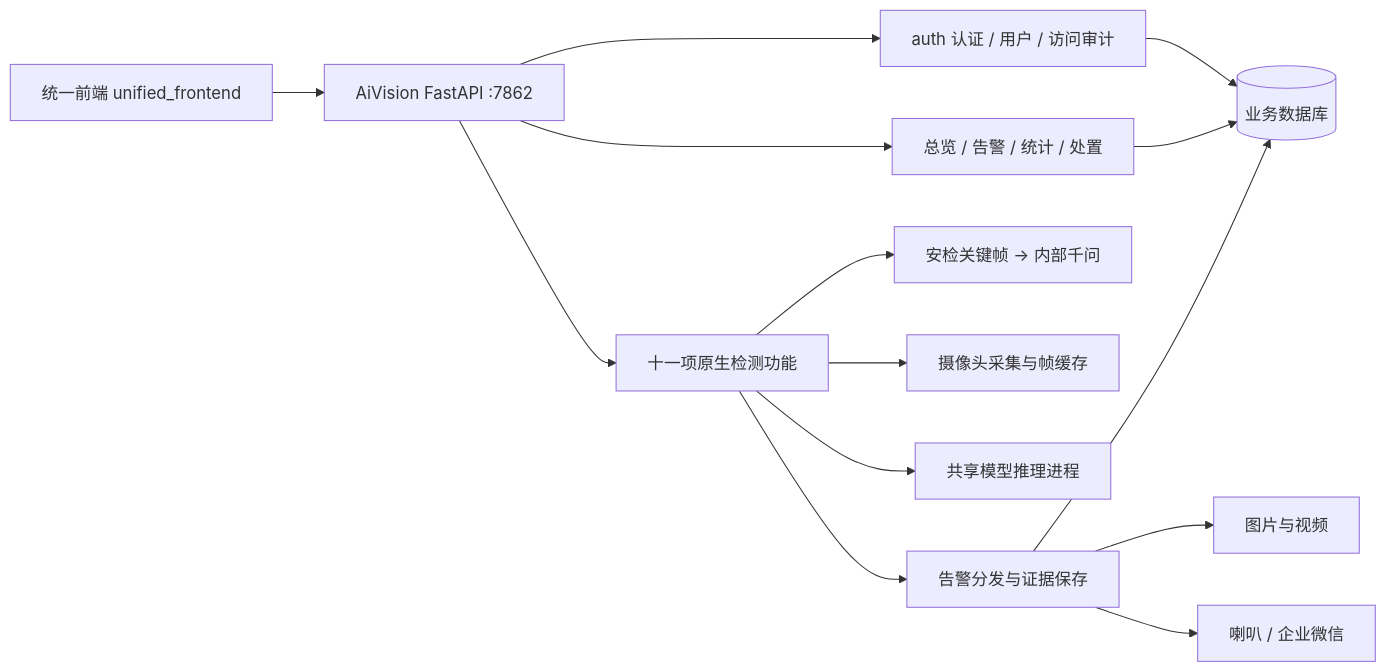
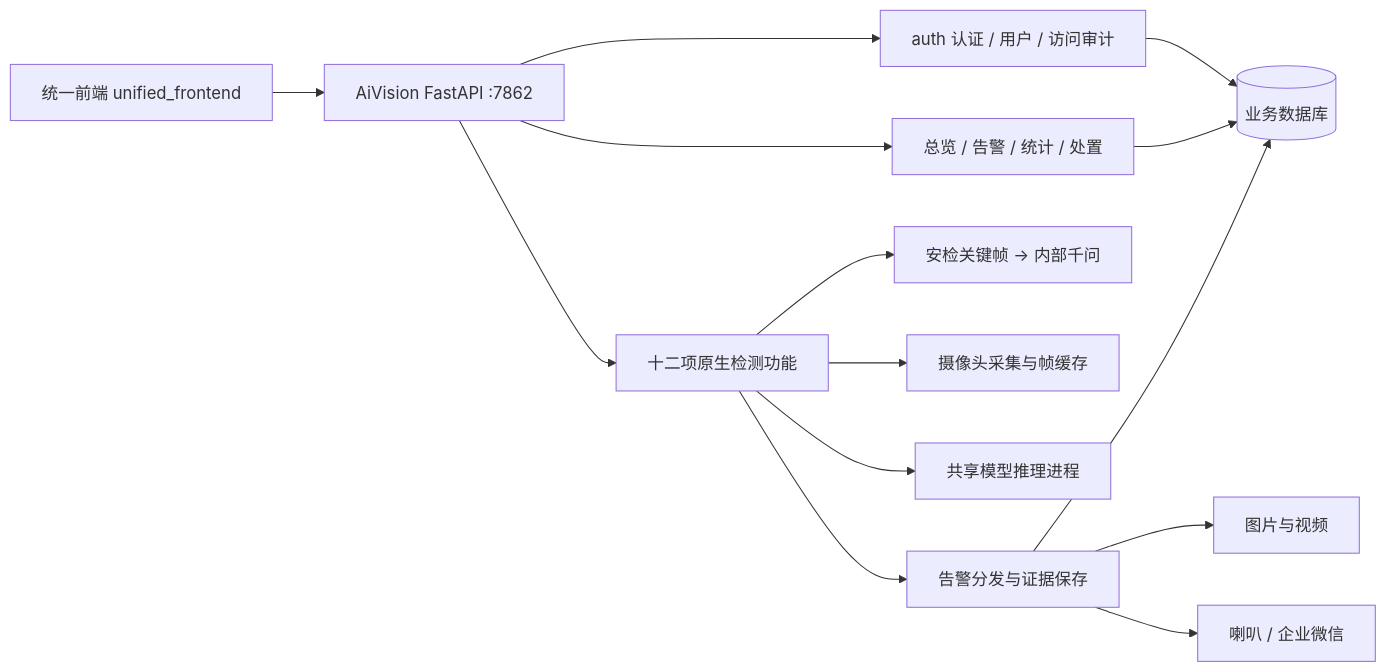
One commit to asmellperson/CVproject1 changed the first of 3 diagrams in AiVision/README.md. Above: the diagram before and after it, drawn with Mermaid. The commit also changed other lines of this file and 39 other files, not shown here.

````diff
--- a/AiVision/README.md
+++ b/AiVision/README.md
@@ -29,16 +29,16 @@
 ```mermaid
 flowchart LR
     UI[统一前端 unified_frontend] --> API[AiVision FastAPI :7862]
     API --> Auth[auth 认证 / 用户 / 访问审计]
-    API --> Features[十一项原生检测功能]
+    API --> Features[十二项原生检测功能]
     API --> Records[总览 / 告警 / 统计 / 处置]
     Auth --> DB
     Records --> DB
     Features --> Qwen[安检关键帧 → 内部千问]
     Features --> Cameras[摄像头采集与帧缓存]
     Features --> Models[共享模型推理进程]
     Features --> Alarms[告警分发与证据保存]
     Alarms --> DB[(业务数据库)]
     Alarms --> Media[图片与视频]
     Alarms --> Notify[喇叭 / 企业微信]
 ```
````
